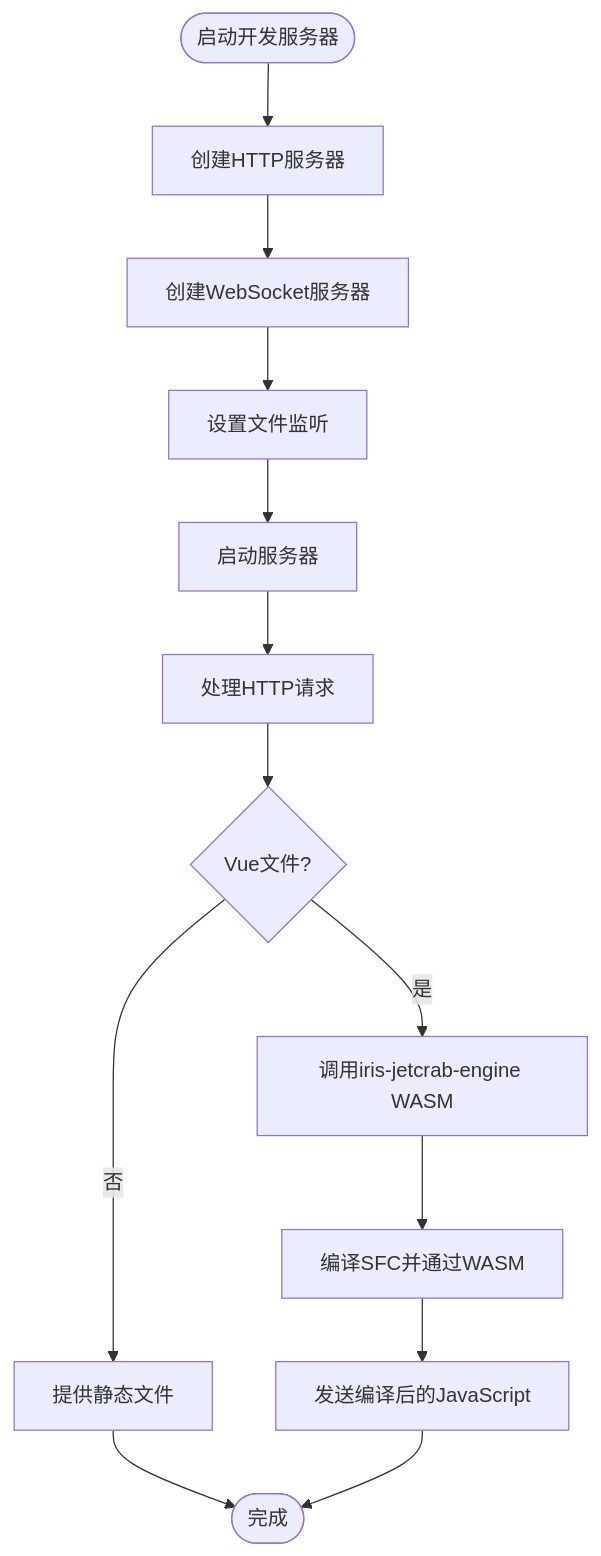
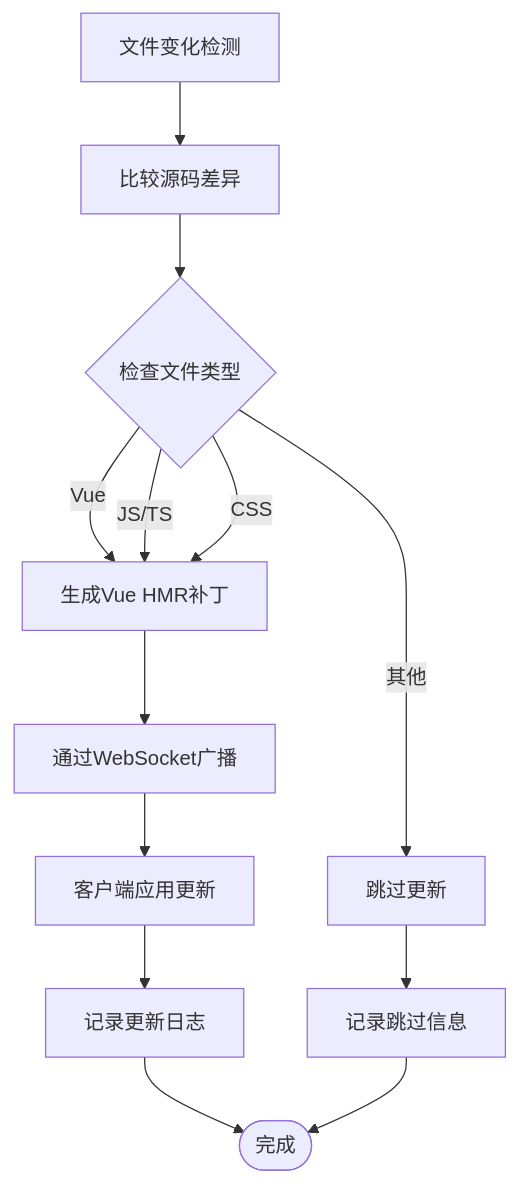
One commit to itszzl-sudo/iris changed the ninth of 12 diagrams in .qoder/repowiki/zh/content/核心功能特性/工程化与商业化能力/测试框架与基础设施/Iris Runtime CLI工具.md. Above: the diagram before and after it, drawn with Mermaid. The commit also changed other lines of this file and 23 other files, not shown here.

````diff
--- a/.qoder/repowiki/zh/content/核心功能特性/工程化与商业化能力/测试框架与基础设施/Iris Runtime CLI工具.md
+++ b/.qoder/repowiki/zh/content/核心功能特性/工程化与商业化能力/测试框架与基础设施/Iris Runtime CLI工具.md
@@ -516,15 +380,15 @@
 ```mermaid
 flowchart TD
-Start([启动开发服务器]) --> CreateHTTP["创建HTTP服务器"]
-CreateHTTP --> CreateWebSocket["创建WebSocket服务器"]
-CreateWebSocket --> WatchFiles["设置文件监听"]
-WatchFiles --> StartServer["启动服务器"]
-StartServer --> HandleRequest["处理HTTP请求"]
-HandleRequest --> CheckVue{"Vue文件?"}
-CheckVue --> |是| CallWASM["调用iris-jetcrab-engine WASM"]
-CheckVue --> |否| ServeStatic["提供静态文件"]
-CallWASM --> CompileSFC["编译SFC并通过WASM"]
-CompileSFC --> SendJS["发送编译后的JavaScript"]
-ServeStatic --> End([完成])
-SendJS --> End
+FileChange["文件变化检测"] --> CompareSource["比较源码差异"]
+CompareSource --> CheckType{"检查文件类型"}
+CheckType --> |Vue| GeneratePatch["生成Vue HMR补丁"]
+CheckType --> |JS/TS| GeneratePatch
+CheckType --> |CSS| GeneratePatch
+CheckType --> |其他| SkipUpdate["跳过更新"]
+GeneratePatch --> BroadcastWS["通过WebSocket广播"]
+BroadcastWS --> ClientUpdate["客户端应用更新"]
+ClientUpdate --> LogSuccess["记录更新日志"]
+SkipUpdate --> LogSkip["记录跳过信息"]
+LogSuccess --> End([完成])
+LogSkip --> End
 ```
````
